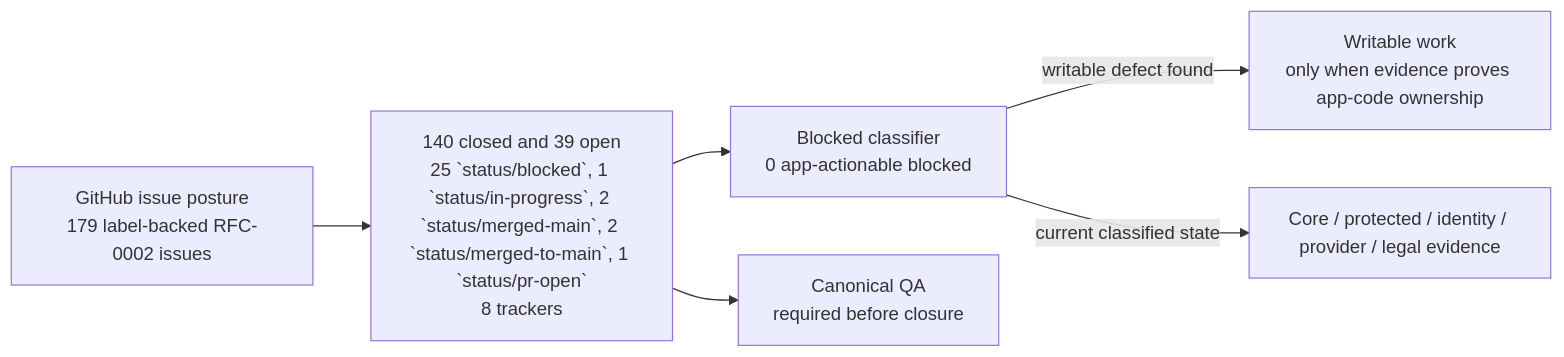
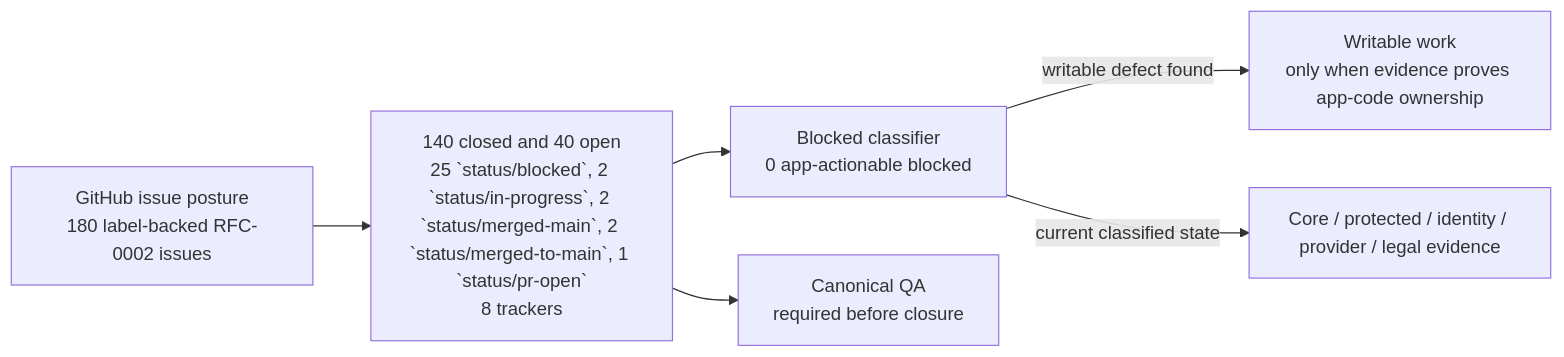
The first of 2 diagrams in wiki/RFC-0002-Execution-Status.md (sgajbi/lotus-idea), drawn with Mermaid before and after one commit. The commit also changed other lines of this file and 10 other files, not shown here.

````diff
--- a/wiki/RFC-0002-Execution-Status.md
+++ b/wiki/RFC-0002-Execution-Status.md
@@ -39,15 +39,15 @@
 ```mermaid
 flowchart LR
-    Issues["GitHub issue posture<br/>179 label-backed RFC-0002 issues"]
-    Open["140 closed and 39 open<br/>25 `status/blocked`, 1 `status/in-progress`, 2 `status/merged-main`, 2 `status/merged-to-main`, 1 `status/pr-open`<br/>8 trackers"]
+    Issues["GitHub issue posture<br/>180 label-backed RFC-0002 issues"]
+    Open["140 closed and 40 open<br/>25 `status/blocked`, 2 `status/in-progress`, 2 `status/merged-main`, 2 `status/merged-to-main`, 1 `status/pr-open`<br/>8 trackers"]
     Blocked["Blocked classifier<br/>0 app-actionable blocked"]
     Work["Writable work<br/>only when evidence proves app-code ownership"]
     External["Core / protected / identity / provider / legal evidence"]
     QA["Canonical QA<br/>required before closure"]
 
     Issues --> Open
     Open --> Blocked
     Blocked -->|"writable defect found"| Work
     Blocked -->|"current classified state"| External
     Open --> QA
 ```
````
